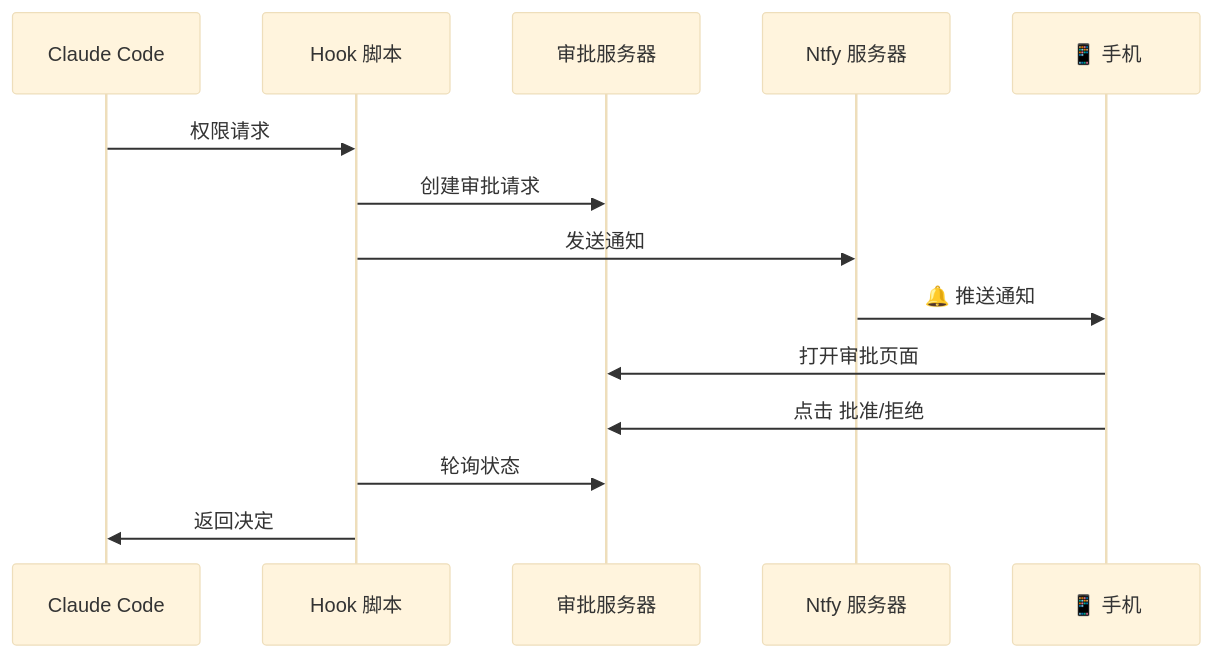
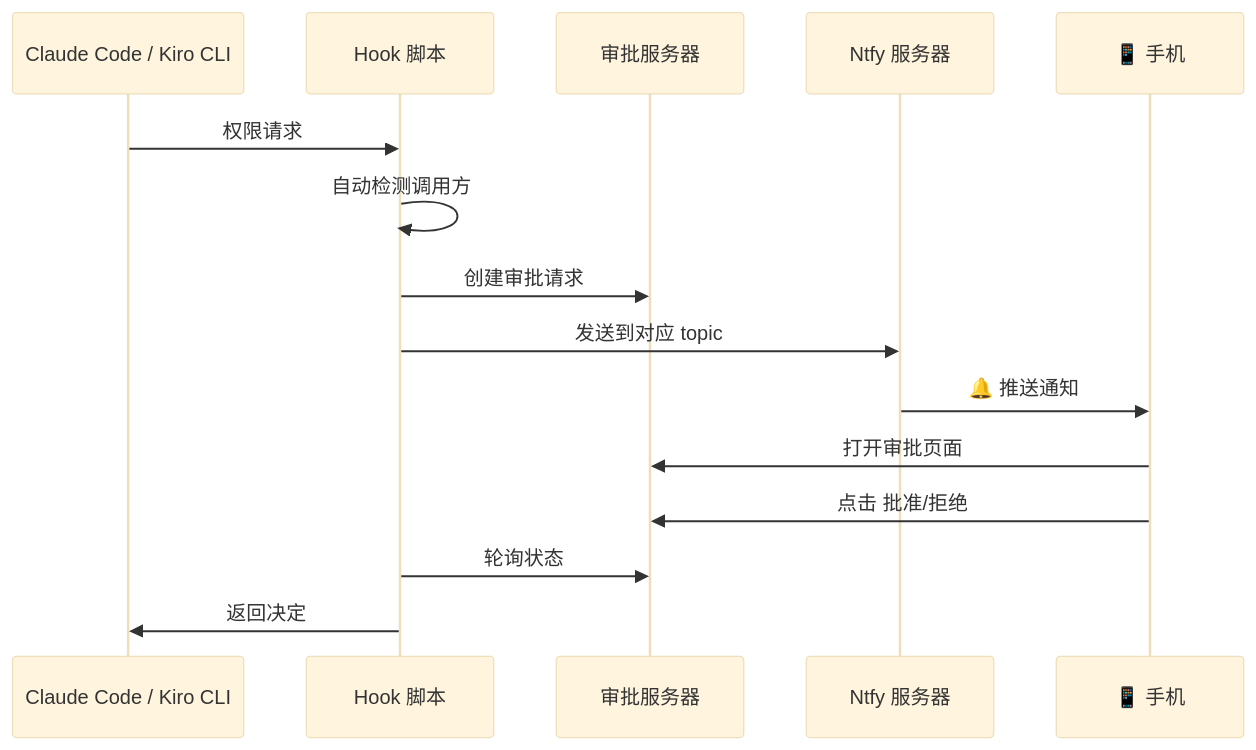
One commit to astro-nexus-ai/claude-mobile-approver changed the diagram in README_CN.md. Above: the diagram before and after it, drawn with Mermaid (base theme). The commit also changed other lines of this file and 8 other files, not shown here.

First line of the commit message:
feat: add Kiro CLI support and Web Push configuration

````diff
--- a/README_CN.md
+++ b/README_CN.md
@@ -33,17 +34,18 @@
 ```mermaid
 sequenceDiagram
-    participant Claude as Claude Code
+    participant AI as Claude Code / Kiro CLI
     participant Hook as Hook 脚本
     participant Server as 审批服务器
     participant Ntfy as Ntfy 服务器
     participant Mobile as 📱 手机
 
-    Claude->>Hook: 权限请求
+    AI->>Hook: 权限请求
+    Hook->>Hook: 自动检测调用方
     Hook->>Server: 创建审批请求
-    Hook->>Ntfy: 发送通知
+    Hook->>Ntfy: 发送到对应 topic
     Ntfy->>Mobile: 🔔 推送通知
     Mobile->>Server: 打开审批页面
     Mobile->>Server: 点击 批准/拒绝
     Hook->>Server: 轮询状态
-    Hook->>Claude: 返回决定
+    Hook->>AI: 返回决定
 ```
````
